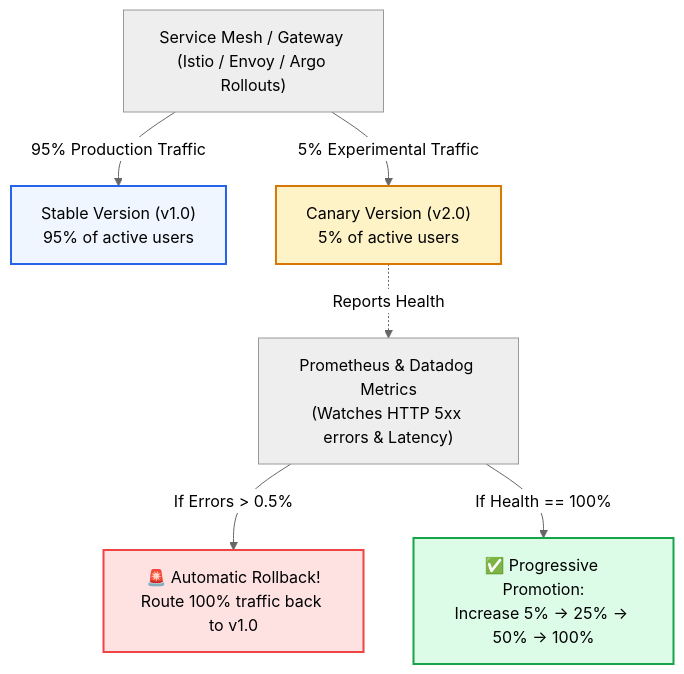
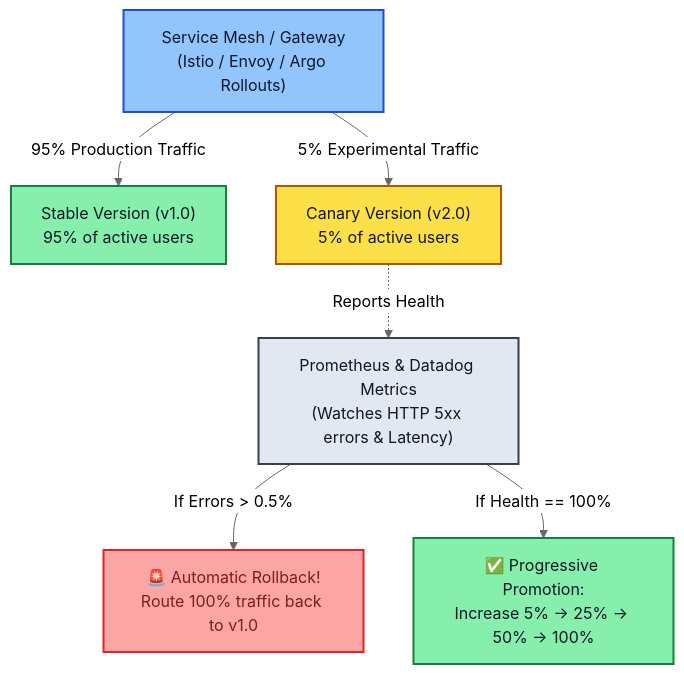
One commit to PandeyKishan/Study-Notes changed the second of 3 diagrams in 04-CICD-Pipelines/04-Deployment-Strategies.md. Above: the diagram before and after it, drawn with Mermaid (neutral theme). The commit also changed other lines of this file and 22 other files, not shown here.

Commit message:
docs: enhance diagram visibility with high-contrast palette and add concise book definitions

````diff
--- a/04-CICD-Pipelines/04-Deployment-Strategies.md
+++ b/04-CICD-Pipelines/04-Deployment-Strategies.md
@@ -128,18 +134,20 @@
 ```mermaid
 flowchart TD
-    Ingress["Service Mesh / Gateway (Istio / Envoy / Argo Rollouts)"]
+    Ingress["Service Mesh / Gateway\n(Istio / Envoy / Argo Rollouts)"]
 
     Ingress -->|95% Production Traffic| V1["Stable Version (v1.0)\n95% of active users"]
     Ingress -->|5% Experimental Traffic| V2["Canary Version (v2.0)\n5% of active users"]
 
     Monitor["Prometheus & Datadog Metrics\n(Watches HTTP 5xx errors & Latency)"]
     V2 -.->|Reports Health| Monitor
 
     Monitor -->|If Errors > 0.5%| Rollback["🚨 Automatic Rollback!\nRoute 100% traffic back to v1.0"]
     Monitor -->|If Health == 100%| Promote["✅ Progressive Promotion:\nIncrease 5% -> 25% -> 50% -> 100%"]
 
-    style V1 fill:#eff6ff,stroke:#2563eb,stroke-width:2px
-    style V2 fill:#fef3c7,stroke:#d97706,stroke-width:2px
-    style Rollback fill:#fee2e2,stroke:#ef4444,stroke-width:2px
-    style Promote fill:#dcfce7,stroke:#16a34a,stroke-width:2px
+    style Ingress fill:#93c5fd,stroke:#1d4ed8,stroke-width:2px,color:#0f172a
+    style V1 fill:#86efac,stroke:#15803d,stroke-width:2px,color:#0f172a
+    style V2 fill:#fde047,stroke:#b45309,stroke-width:2px,color:#0f172a
+    style Monitor fill:#e2e8f0,stroke:#334155,stroke-width:2px,color:#0f172a
+    style Rollback fill:#fca5a5,stroke:#dc2626,stroke-width:2px,color:#7f1d1d
+    style Promote fill:#86efac,stroke:#15803d,stroke-width:2px,color:#0f172a
 ```
````
